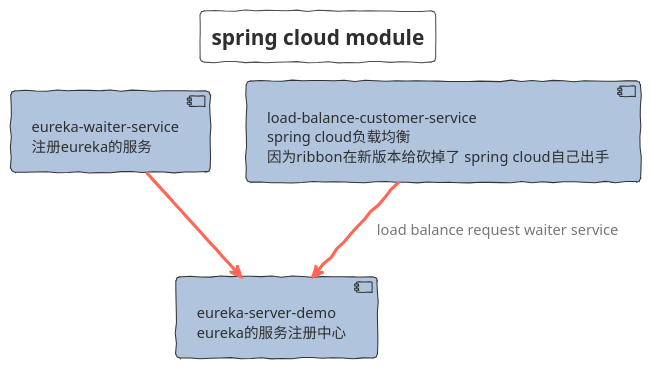
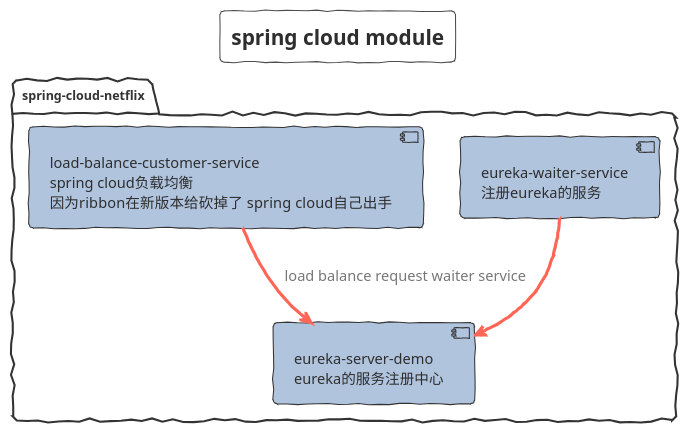
Before and after one commit to FantasybabyChange/springStudyProject: the diagram in spring-cloud-study/Module.puml, drawn with PlantUML. The commit also changed 3 other files, not shown here.

```diff
--- a/spring-cloud-study/Module.puml
+++ b/spring-cloud-study/Module.puml
@@ -1,31 +1,31 @@
 @startuml SPRING_CLOUD_STUDY_MODULE
 !theme sketchy-outline
 title spring cloud module
 skinparam interface {
 }
 skinparam component {
    backgroundColor LightSteelBlue
    FontSize 14
    ArrowFontSize 14
    ArrowFontColor #777777
    ArrowColor #FF6655
 }
-
-component esd[
+package "spring-cloud-netflix"{
+   component esd[
    eureka-server-demo
    eureka的服务注册中心
-] 
+   ]
 
-component ews[
+   component ews[
    eureka-waiter-service
    注册eureka的服务
-]
-component lbcs[
+   ]
+   component lbcs[
    load-balance-customer-service
    spring cloud负载均衡
    因为ribbon在新版本给砍掉了  spring cloud自己出手
-]
-
-ews --> esd
+   ]
+   ews --> esd
 lbcs --> esd:load balance request waiter service
+}
 @enduml
```
